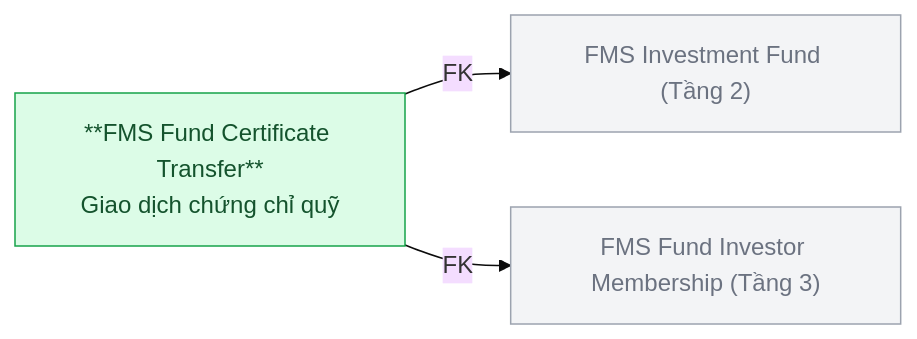
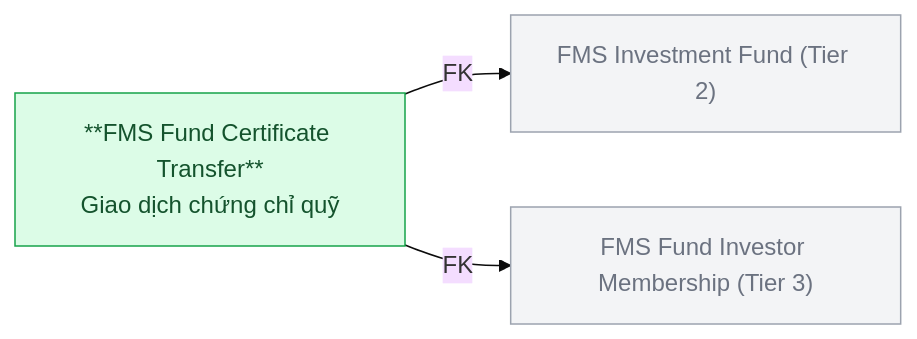
Before and after one commit to linhlvit/ubck_atomic_design: the second of 7 diagrams in Silver/hld/FMS_HLD_Tier4.md, drawn with Mermaid (base theme). The commit also changed other lines of this file and 111 other files, not shown here.

````diff
--- a/Silver/hld/FMS_HLD_Tier4.md
+++ b/Silver/hld/FMS_HLD_Tier4.md
@@ -41,12 +36,12 @@
 ```mermaid
 graph LR
     classDef silver fill:#dcfce7,stroke:#16a34a,color:#14532d
     classDef refnode fill:#f3f4f6,stroke:#9ca3af,color:#6b7280
 
-    FUND["FMS Investment Fund (Tầng 2)"]:::refnode
-    MBF["FMS Fund Investor Membership (Tầng 3)"]:::refnode
+    FUND["FMS Investment Fund (Tier 2)"]:::refnode
+    MBF["FMS Fund Investor Membership (Tier 3)"]:::refnode
     TRF["**FMS Fund Certificate Transfer**\nGiao dịch chứng chỉ quỹ"]:::silver
 
     TRF -->|FK| FUND
     TRF -->|FK| MBF
 ```
````
